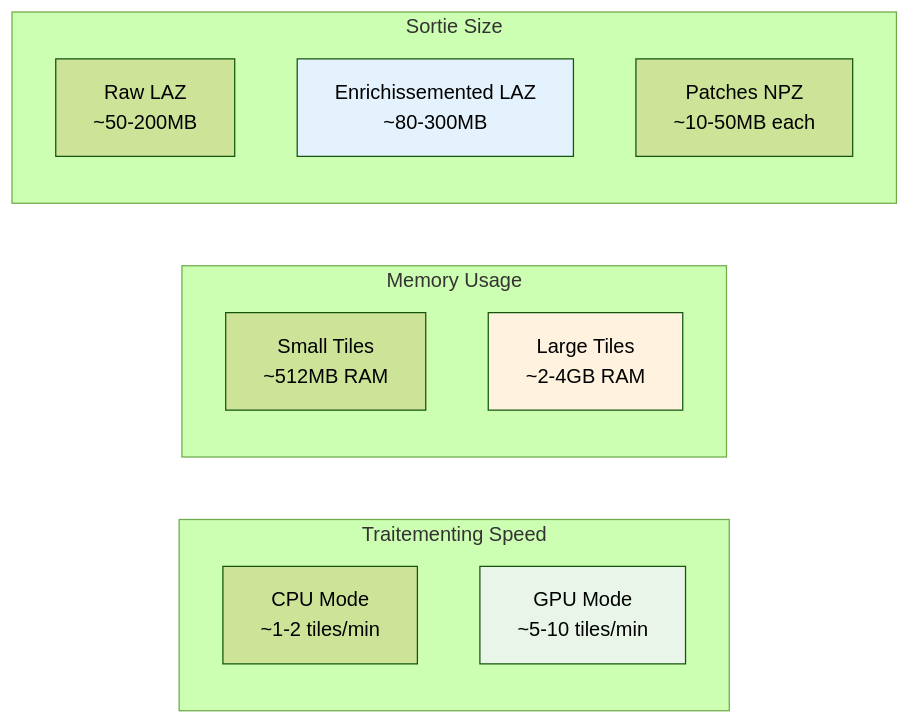
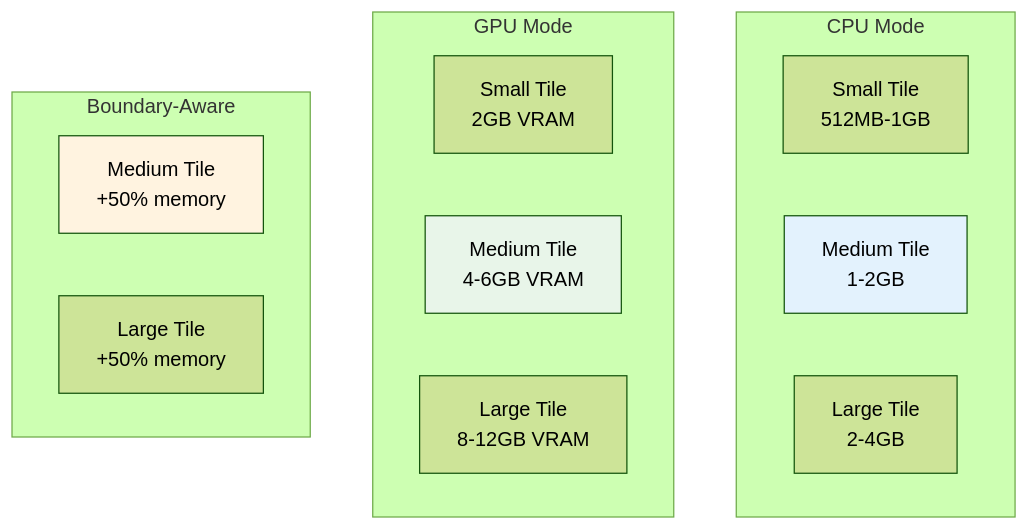
One commit to sducournau/IGN_LIDAR_HD_DATASET changed the fifth of 6 diagrams in website/i18n/fr/docusaurus-plugin-content-docs/current/architecture.md. Above: the diagram before and after it, drawn with Mermaid (forest theme). The commit also changed other lines of this file and 145 other files, not shown here.

````diff
--- a/website/i18n/fr/docusaurus-plugin-content-docs/current/architecture.md
+++ b/website/i18n/fr/docusaurus-plugin-content-docs/current/architecture.md
@@ -163,22 +556,23 @@
 ```mermaid
-graph LR
-    subgraph "Traitementing Speed"
-        CPU[CPU Mode<br/>~1-2 tiles/min]
-        GPU_ACC[GPU Mode<br/>~5-10 tiles/min]
+graph TB
+    subgraph "CPU Mode"
+        CPU_S[Small Tile<br/>512MB-1GB]
+        CPU_M[Medium Tile<br/>1-2GB]
+        CPU_L[Large Tile<br/>2-4GB]
     end
 
-    subgraph "Memory Usage"
-        SMALL[Small Tiles<br/>~512MB RAM]
-        LARGE[Large Tiles<br/>~2-4GB RAM]
+    subgraph "GPU Mode"
+        GPU_S[Small Tile<br/>2GB VRAM]
+        GPU_M[Medium Tile<br/>4-6GB VRAM]
+        GPU_L[Large Tile<br/>8-12GB VRAM]
     end
 
-    subgraph "Sortie Size"
-        INPUT[Raw LAZ<br/>~50-200MB]
-        OUTPUT[Enrichissemented LAZ<br/>~80-300MB]
-        PATCHES[Patches NPZ<br/>~10-50MB each]
+    subgraph "Boundary-Aware"
+        BA_M[Medium Tile<br/>+50% memory]
+        BA_L[Large Tile<br/>+50% memory]
     end
 
-    style GPU_ACC fill:#e8f5e8
-    style LARGE fill:#fff3e0
-    style OUTPUT fill:#e3f2fd
+    style GPU_M fill:#e8f5e9
+    style CPU_M fill:#e3f2fd
+    style BA_M fill:#fff3e0
 ```
````
